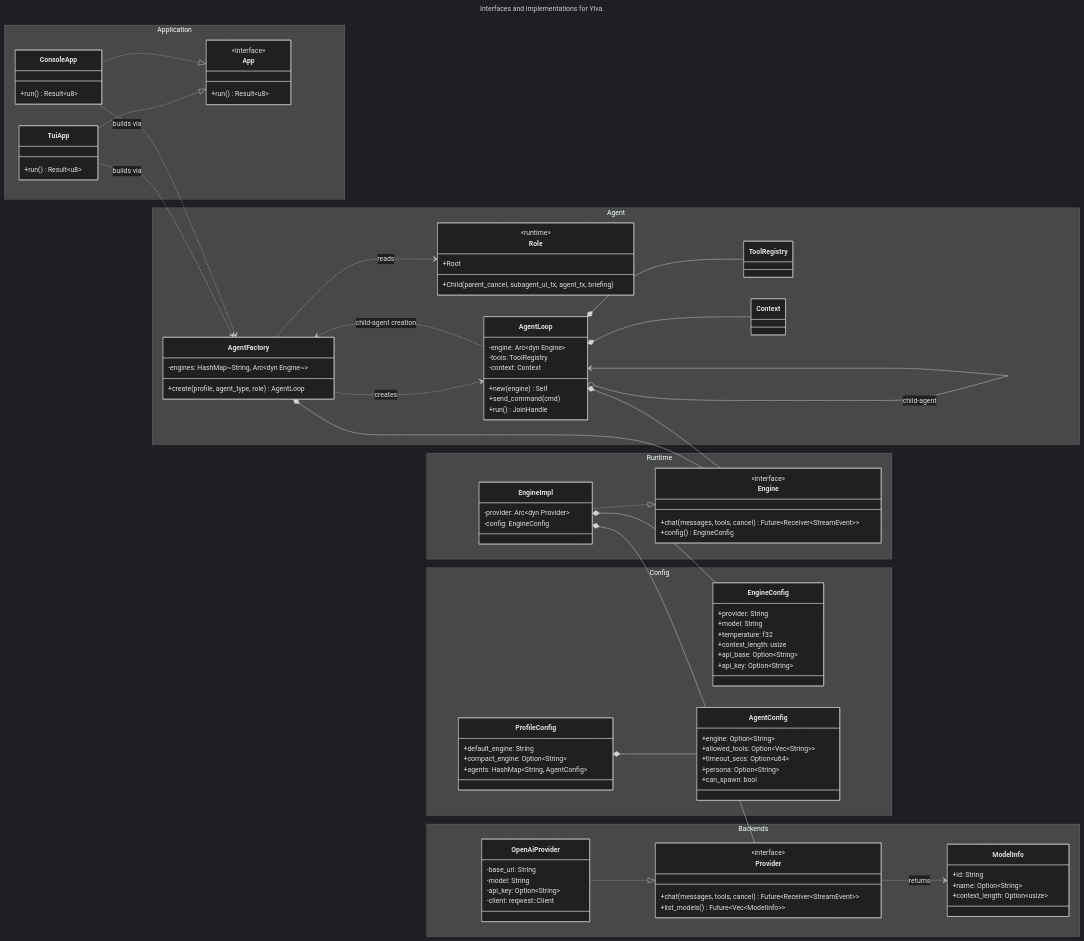
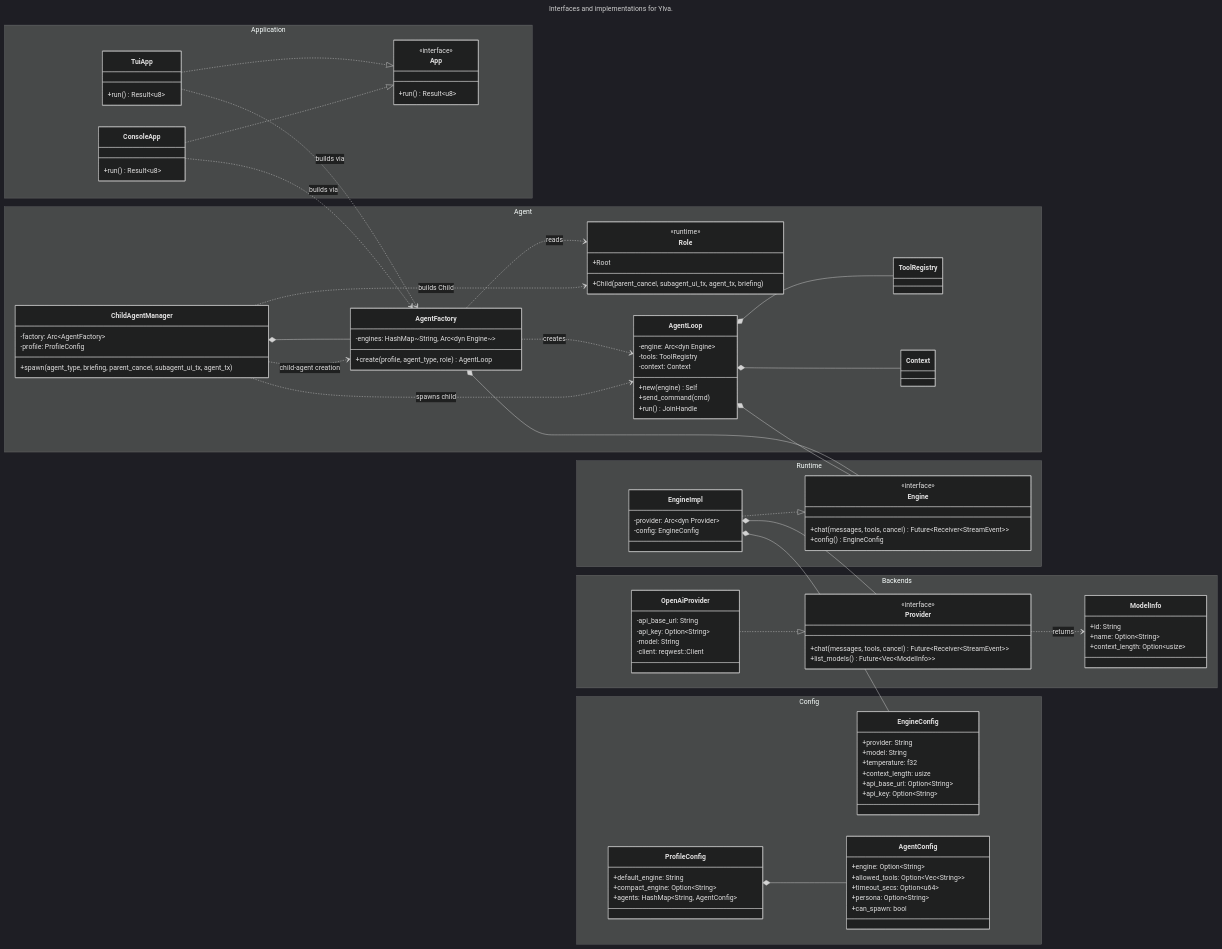
One commit to manuel-koch/ylva changed the diagram in docs/class-diagram.mmd. Above: the diagram before and after it, drawn with Mermaid (dark theme). The commit also changed 2 other files, not shown here.

Commit message:
Refine blueprint and class-diagram and create phase 3 plan

```diff
--- a/docs/class-diagram.mmd
+++ b/docs/class-diagram.mmd
@@ -1,116 +1,123 @@
 ---
 title: Interfaces and implementations for Ylva.
 layout: elk
 ---
 
 classDiagram
     direction LR
 
     namespace Application {
         class App {
             <<interface>>
             +run() Result~u8~
         }
         class TuiApp {
             +run() Result~u8~
         }
         class ConsoleApp {
             +run() Result~u8~
         }
     }
 
     namespace Agent {
         class AgentFactory {
             -engines: HashMap~String, Arc~dyn Engine~~
             +create(profile, agent_type, role) AgentLoop
         }
         class Role {
             <<runtime>>
             +Root
             +Child(parent_cancel, subagent_ui_tx, agent_tx, briefing)
+        }
+        class ChildAgentManager {
+            -factory: Arc~AgentFactory~
+            -profile: ProfileConfig
+            +spawn(agent_type, briefing, parent_cancel, subagent_ui_tx, agent_tx)
         }
         class AgentLoop {
             -engine: Arc~dyn Engine~
             -tools: ToolRegistry
             -context: Context
             +new(engine) Self
             +send_command(cmd)
             +run() JoinHandle
         }
         class ToolRegistry {}
         class Context {}
     }
 
     namespace Runtime {
         class EngineImpl {
             -provider: Arc~dyn Provider~
             -config: EngineConfig
         }
         class Engine {
             <<interface>>
             +chat(messages, tools, cancel) Future~Receiver~StreamEvent~~
             +config() EngineConfig
         }
     }
 
     namespace Backends {
         class Provider {
             <<interface>>
             +chat(messages, tools, cancel) Future~Receiver~StreamEvent~~
             +list_models() Future~Vec~ModelInfo~~
         }
         class ModelInfo {
             +id: String
             +name: Option~String~
             +context_length: Option~usize~
         }
         class OpenAiProvider {
-            -base_url: String
+            -api_base_url: String
+            -api_key: Option~String~
             -model: String
-            -api_key: Option~String~
             -client: reqwest::Client
         }
     }
 
     namespace Config {
         class EngineConfig {
             +provider: String
             +model: String
             +temperature: f32
             +context_length: usize
-            +api_base: Option~String~
+            +api_base_url: Option~String~
             +api_key: Option~String~
         }
         class ProfileConfig {
             +default_engine: String
             +compact_engine: Option~String~
             +agents: HashMap~String, AgentConfig~
         }
         class AgentConfig {
             +engine: Option~String~
             +allowed_tools: Option~Vec~String~~
             +timeout_secs: Option~u64~
             +persona: Option~String~
             +can_spawn: bool
         }
     }
 
     %% ---- Relationships ----
     TuiApp ..|> App
     ConsoleApp ..|> App
     AgentFactory ..> AgentLoop : creates
     AgentFactory ..> Role : reads
+    ChildAgentManager *-- AgentFactory
+    ChildAgentManager ..> Role : builds Child
+    ChildAgentManager ..> AgentFactory : child-agent creation
+    ChildAgentManager ..> AgentLoop : spawns child
     AgentLoop *-- ToolRegistry
     AgentLoop *-- Context
-    AgentLoop o--> AgentLoop : child-agent
     EngineImpl ..|> Engine
     EngineImpl *-- EngineConfig
     OpenAiProvider ..|> Provider
     Provider ..> ModelInfo : returns
     ProfileConfig *-- AgentConfig
     TuiApp ..> AgentFactory : builds via
     ConsoleApp ..> AgentFactory : builds via
     AgentFactory *-- Engine
     AgentLoop *-- Engine
     EngineImpl *-- Provider
-    AgentLoop ..> AgentFactory : child-agent creation
```
